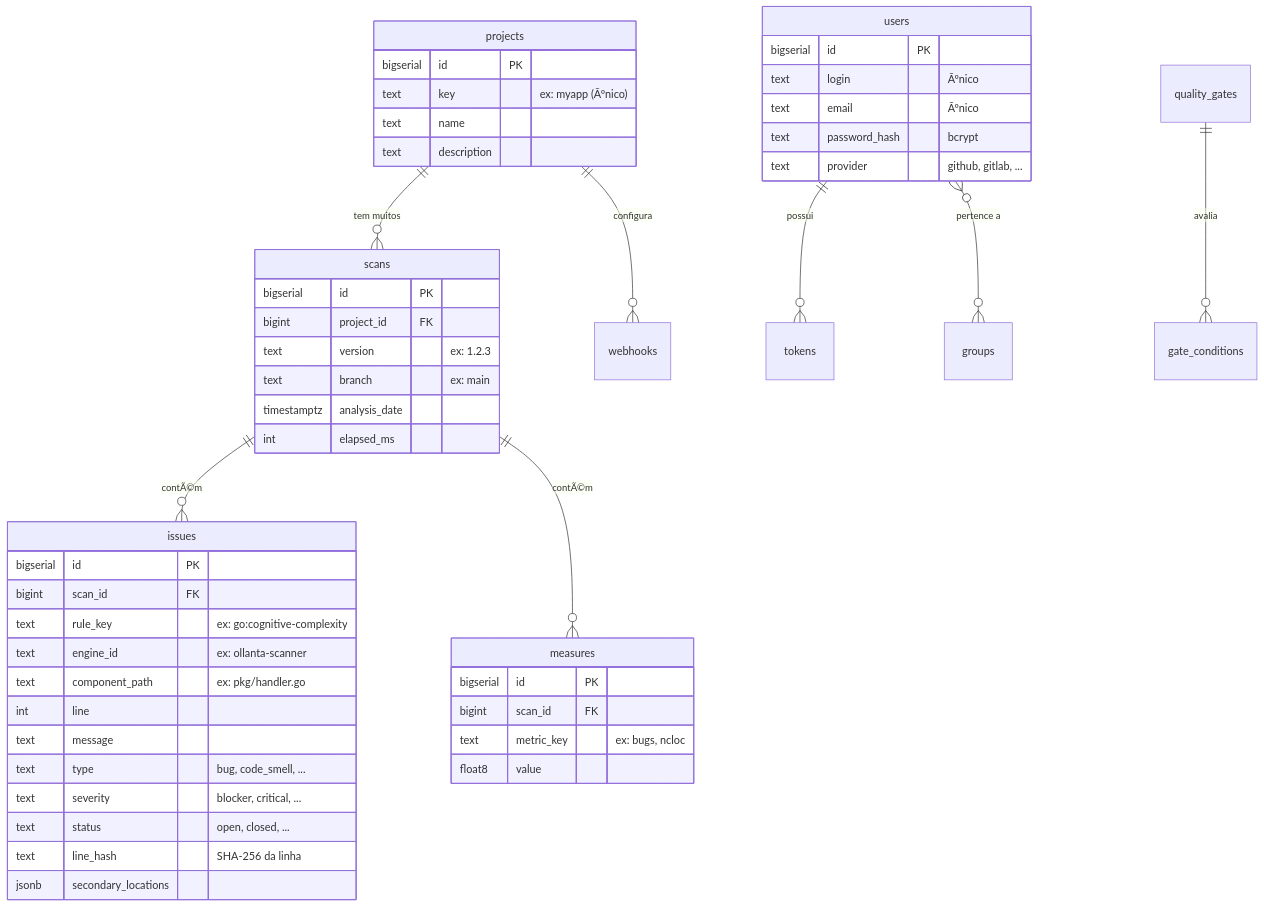
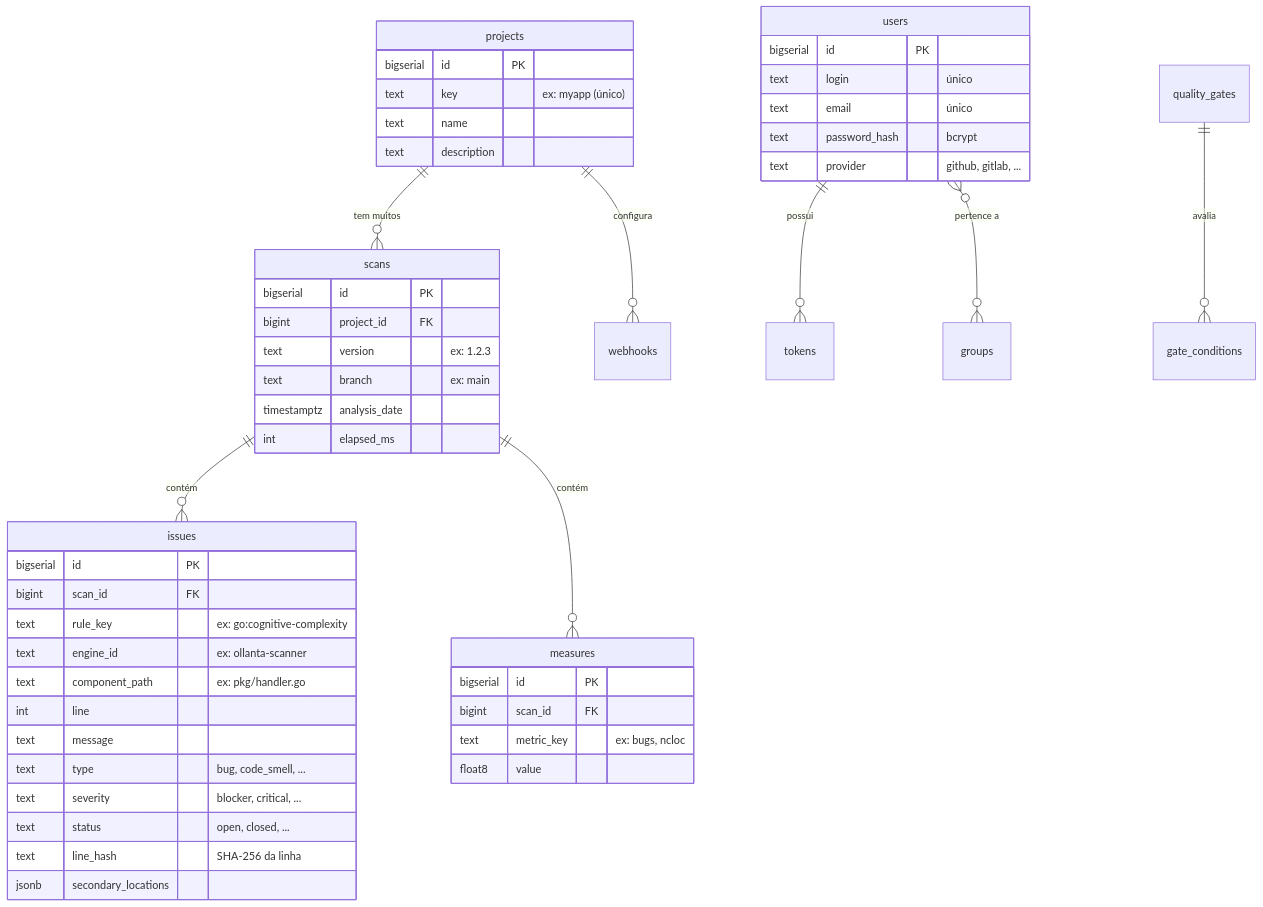
One commit to scovl/ollanta changed diagram 11 of 17 in docs/arquitetura.md. Above: the diagram before and after it, drawn with Mermaid. The commit also changed other lines of this file and 7 other files, not shown here.

````diff
--- a/docs/arquitetura.md
+++ b/docs/arquitetura.md
@@ -791,56 +794,56 @@
 ```mermaid
 erDiagram
     projects ||--o{ scans : "tem muitos"
-    scans ||--o{ issues : "contÃ©m"
-    scans ||--o{ measures : "contÃ©m"
+    scans ||--o{ issues : "contém"
+    scans ||--o{ measures : "contém"
     projects ||--o{ webhooks : "configura"
     users ||--o{ tokens : "possui"
     users }o--o{ groups : "pertence a"
     quality_gates ||--o{ gate_conditions : "avalia"
 
     projects {
         bigserial id PK
-        text key "ex: myapp (Ãºnico)"
+        text key "ex: myapp (único)"
         text name
         text description
     }
 
     scans {
         bigserial id PK
         bigint project_id FK
         text version "ex: 1.2.3"
         text branch "ex: main"
         timestamptz analysis_date
         int elapsed_ms
     }
 
     issues {
         bigserial id PK
         bigint scan_id FK
         text rule_key "ex: go:cognitive-complexity"
         text engine_id "ex: ollanta-scanner"
         text component_path "ex: pkg/handler.go"
         int line
         text message
         text type "bug, code_smell, ..."
         text severity "blocker, critical, ..."
         text status "open, closed, ..."
         text line_hash "SHA-256 da linha"
         jsonb secondary_locations
     }
 
     measures {
         bigserial id PK
         bigint scan_id FK
         text metric_key "ex: bugs, ncloc"
         float8 value
     }
 
     users {
         bigserial id PK
-        text login "Ãºnico"
-        text email "Ãºnico"
+        text login "único"
+        text email "único"
         text password_hash "bcrypt"
         text provider "github, gitlab, ..."
     }
 ```
````
